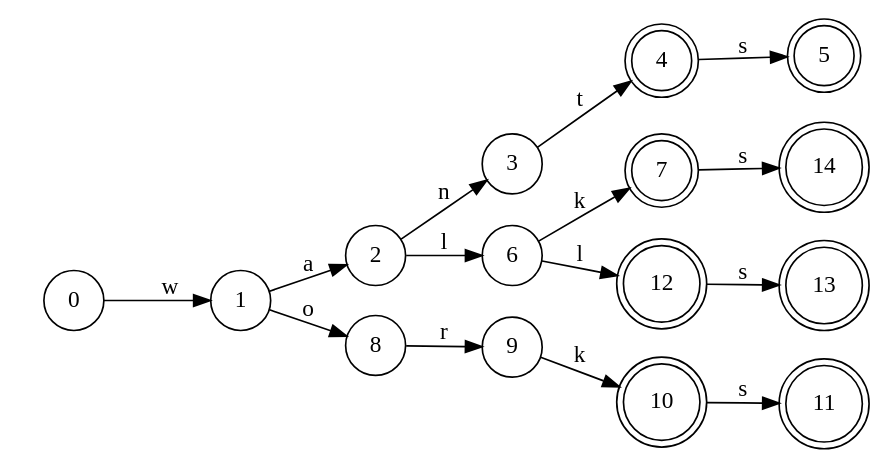
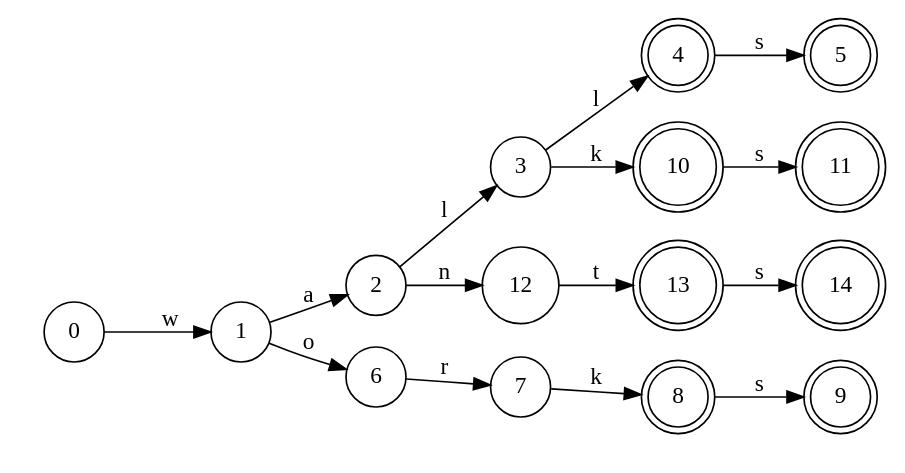
Before and after one commit to JINHXu/FSA: the diagram in graph.dot, drawn with Graphviz. The commit also changed 1 other file, not shown here.

```diff
--- a/graph.dot
+++ b/graph.dot
@@ -1,27 +1,27 @@
 digraph {
   rankdir = LR;
   start[style=invis];
   node[shape=circle];
   0 -> 1 [label="w"];
   1 -> 2 [label="a"];
-  2 -> 3 [label="n"];
-  3 -> 4 [label="t"];
+  2 -> 3 [label="l"];
+  3 -> 4 [label="l"];
   4 -> 5 [label="s"];
-  2 -> 6 [label="l"];
-  6 -> 7 [label="k"];
-  1 -> 8 [label="o"];
-  8 -> 9 [label="r"];
-  9 -> 10 [label="k"];
+  1 -> 6 [label="o"];
+  6 -> 7 [label="r"];
+  7 -> 8 [label="k"];
+  8 -> 9 [label="s"];
+  3 -> 10 [label="k"];
   10 -> 11 [label="s"];
-  6 -> 12 [label="l"];
-  12 -> 13 [label="s"];
-  7 -> 14 [label="s"];
+  2 -> 12 [label="n"];
+  12 -> 13 [label="t"];
+  13 -> 14 [label="s"];
   4 [shape=doublecircle];
   5 [shape=doublecircle];
-  7 [shape=doublecircle];
+  8 [shape=doublecircle];
+  9 [shape=doublecircle];
   10 [shape=doublecircle];
   11 [shape=doublecircle];
-  12 [shape=doublecircle];
   13 [shape=doublecircle];
   14 [shape=doublecircle];
 }
```
